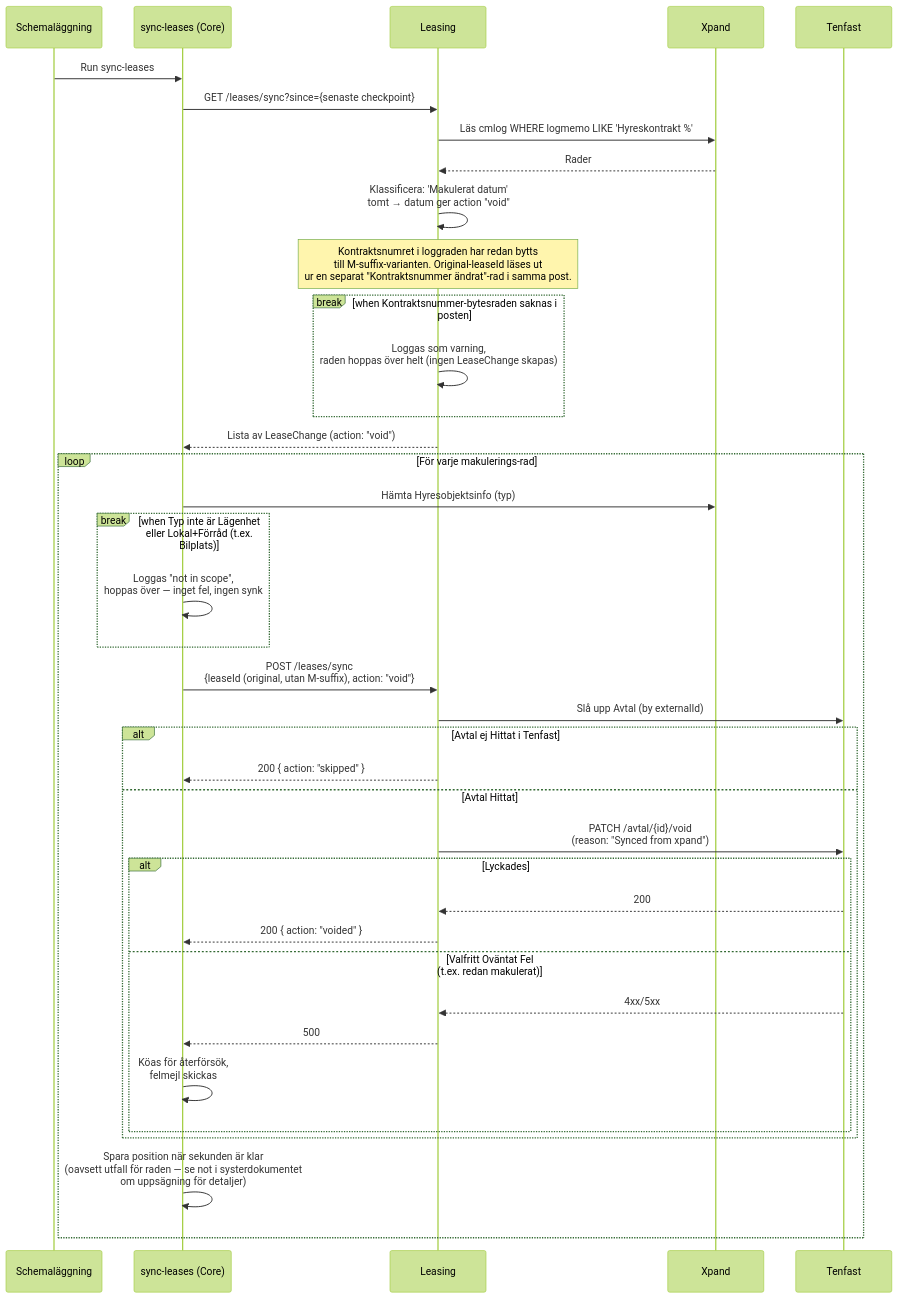
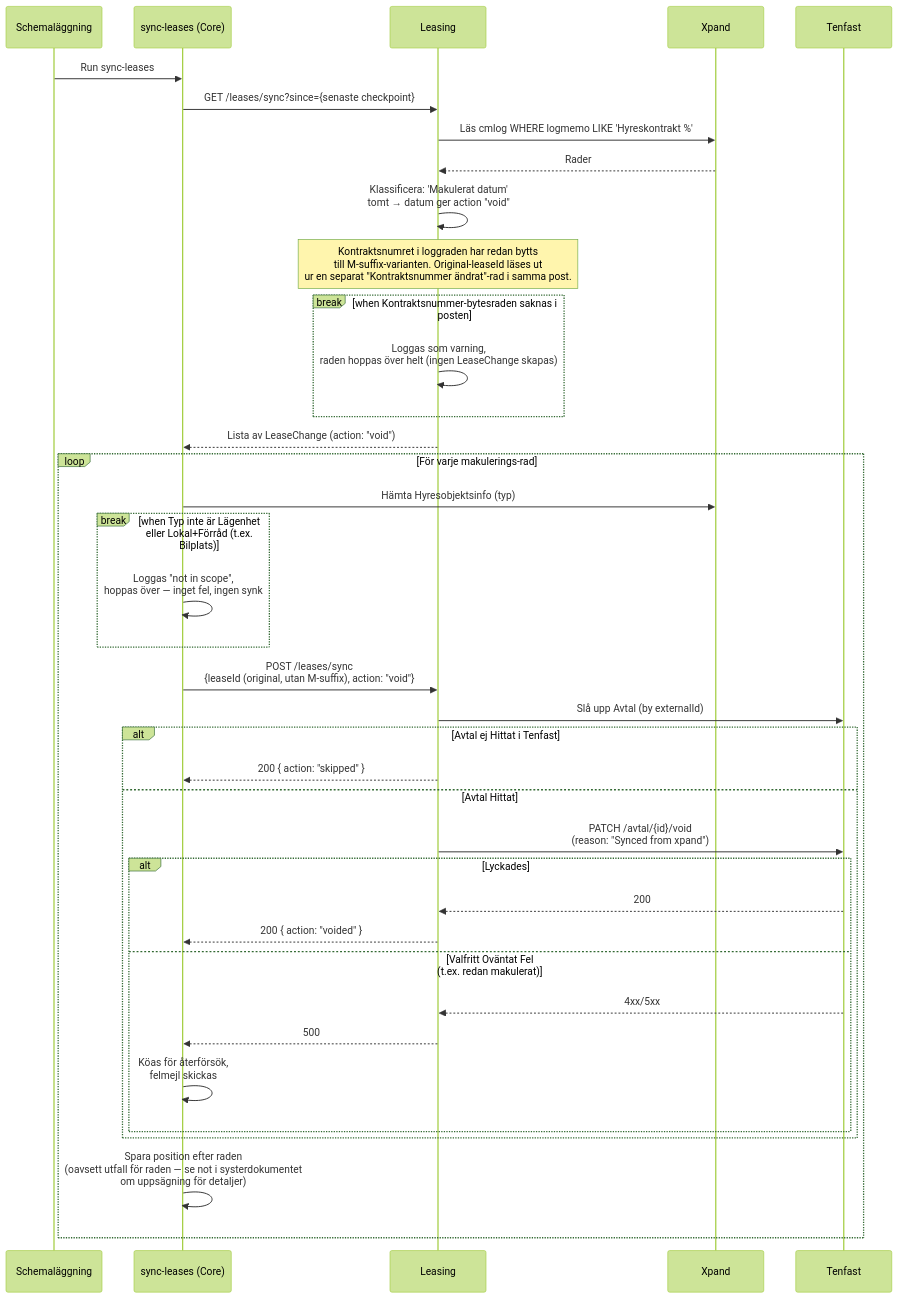
One commit to Bostads-AB-Mimer/onecore changed the second of 2 diagrams in core/src/processes/leasetermination/DOCS_Void_Lease_via_Xpand_Sync.md. Above: the diagram before and after it, drawn with Mermaid (forest theme). The commit also changed 4 other files, not shown here.

````diff
--- a/core/src/processes/leasetermination/DOCS_Void_Lease_via_Xpand_Sync.md
+++ b/core/src/processes/leasetermination/DOCS_Void_Lease_via_Xpand_Sync.md
@@ -35,50 +35,50 @@
 ```mermaid
 sequenceDiagram
     participant CronJob as Schemaläggning
     participant SyncScript as sync-leases (Core)
     participant Leasing as Leasing
     participant Xpand as Xpand
     participant Tenfast as Tenfast
 
     CronJob ->> SyncScript: Run sync-leases
     SyncScript ->> Leasing: GET /leases/sync?since={senaste checkpoint}
     Leasing ->> Xpand: Läs cmlog WHERE logmemo LIKE 'Hyreskontrakt %'
     Xpand -->> Leasing: Rader
     Leasing ->> Leasing: Klassificera: 'Makulerat datum'<br/>tomt → datum ger action "void"
 
     note over Leasing: Kontraktsnumret i loggraden har redan bytts<br/>till M-suffix-varianten. Original-leaseId läses ut<br/>ur en separat "Kontraktsnummer ändrat"-rad i samma post.
 
     break when Kontraktsnummer-bytesraden saknas i posten
         Leasing ->> Leasing: Loggas som varning,<br/>raden hoppas över helt (ingen LeaseChange skapas)
     end
 
     Leasing -->> SyncScript: Lista av LeaseChange (action: "void")
 
     loop För varje makulerings-rad
         SyncScript ->> Xpand: Hämta Hyresobjektsinfo (typ)
 
         break when Typ inte är Lägenhet eller Lokal+Förråd (t.ex. Bilplats)
             SyncScript ->> SyncScript: Loggas "not in scope",<br/>hoppas över — inget fel, ingen synk
         end
 
         SyncScript ->> Leasing: POST /leases/sync<br/>{leaseId (original, utan M-suffix), action: "void"}
         Leasing ->> Tenfast: Slå upp Avtal (by externalId)
 
         alt Avtal ej Hittat i Tenfast
             Leasing-->>SyncScript: 200 { action: "skipped" }
         else Avtal Hittat
             Leasing ->> Tenfast: PATCH /avtal/{id}/void<br/>(reason: "Synced from xpand")
             alt Lyckades
                 Tenfast-->>Leasing: 200
                 Leasing-->>SyncScript: 200 { action: "voided" }
             else Valfritt Oväntat Fel<br/>(t.ex. redan makulerat)
                 Tenfast-->>Leasing: 4xx/5xx
                 Leasing-->>SyncScript: 500
                 SyncScript ->> SyncScript: Köas för återförsök,<br/>felmejl skickas
             end
         end
 
-        SyncScript ->> SyncScript: Spara position när sekunden är klar<br/>(oavsett utfall för raden — se not i systerdokumentet<br/>om uppsägning för detaljer)
+        SyncScript ->> SyncScript: Spara position efter raden<br/>(oavsett utfall för raden — se not i systerdokumentet<br/>om uppsägning för detaljer)
     end
 
 ```
````
